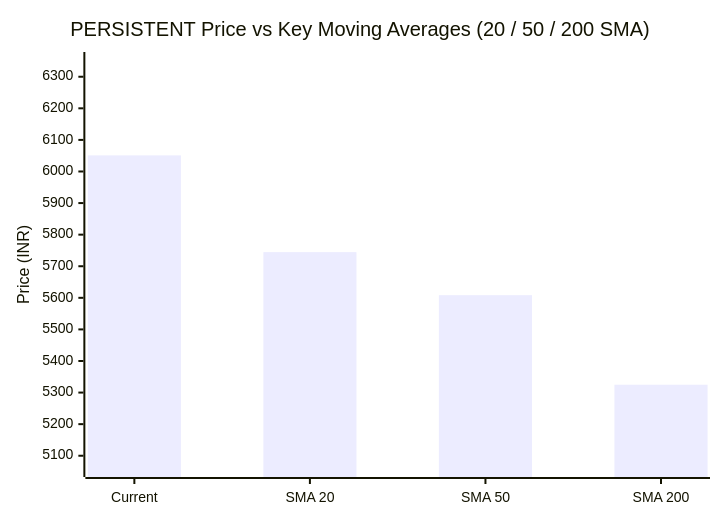
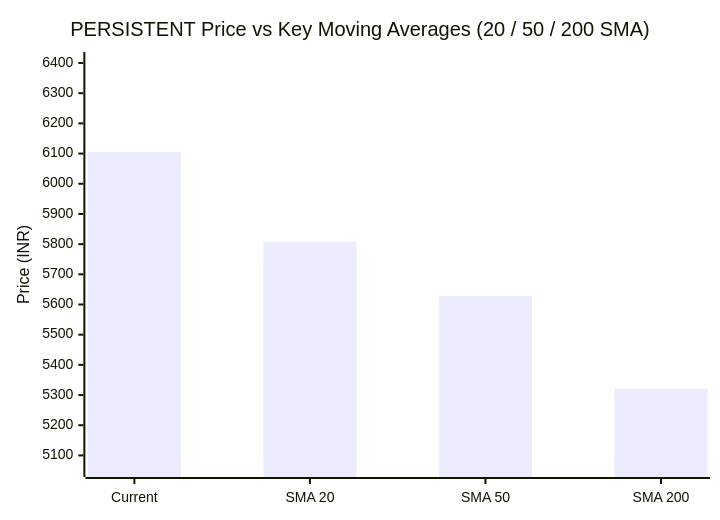
Before and after one commit to purnareddy9/dev: the second of 2 diagrams in market-intelligence/stocks/PERSISTENT/README.md, drawn with Mermaid. The commit also changed other lines of this file and 4 other files, not shown here.

````diff
--- a/market-intelligence/stocks/PERSISTENT/README.md
+++ b/market-intelligence/stocks/PERSISTENT/README.md
@@ -52,7 +52,7 @@
 ```mermaid
 xychart-beta
     title "PERSISTENT Price vs Key Moving Averages (20 / 50 / 200 SMA)"
     x-axis ["Current", "SMA 20", "SMA 50", "SMA 200"]
-    y-axis "Price (INR)" 5058 --> 6353
-    bar [6051.0, 5744.6, 5608.42, 5324.84]
+    y-axis "Price (INR)" 5055 --> 6410
+    bar [6105.0, 5807.55, 5627.86, 5321.32]
 ```
````
